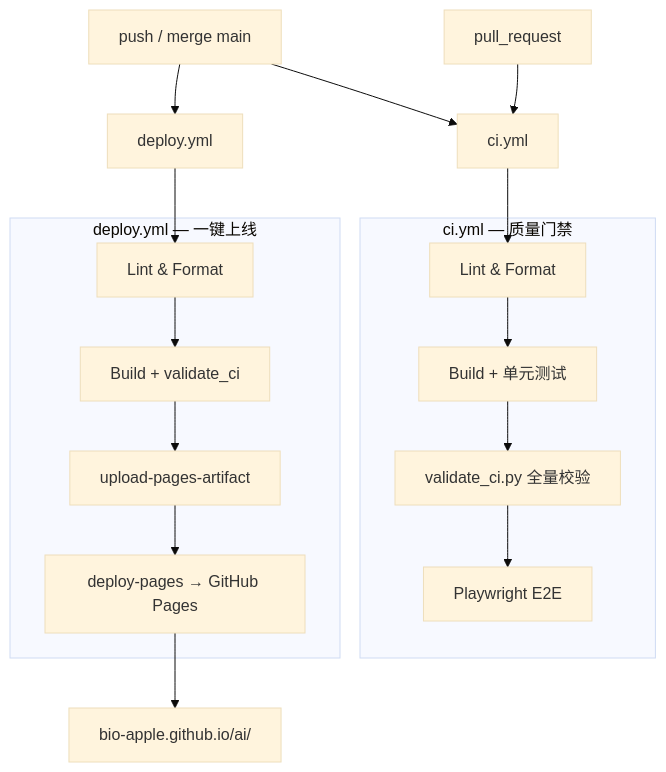
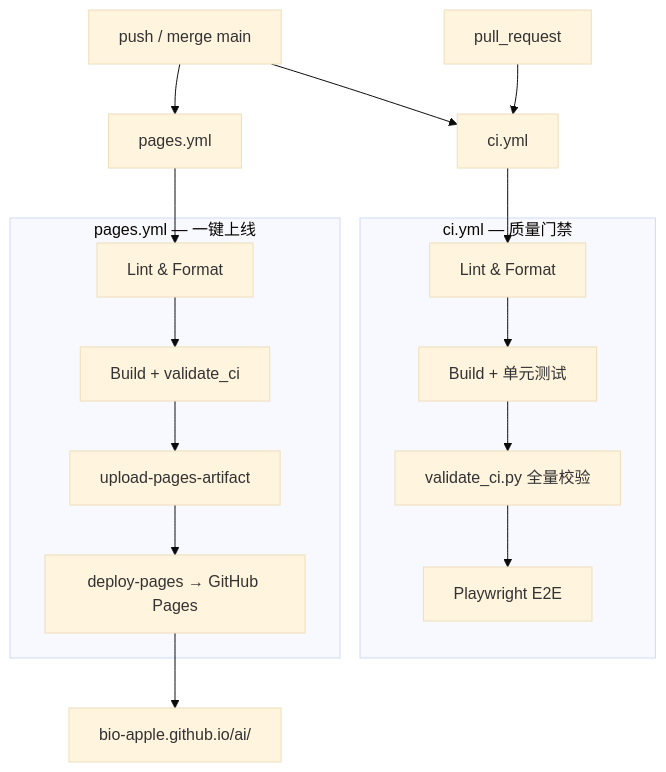
Before and after one commit to bio-apple/ai: the sixth of 8 diagrams in docs/ARCHITECTURE.md, drawn with Mermaid (base theme). The commit also changed other lines of this file and 19 other files, not shown here.

````diff
--- a/docs/ARCHITECTURE.md
+++ b/docs/ARCHITECTURE.md
@@ -231,28 +231,28 @@
 ```mermaid
 flowchart TB
   PUSH["push / merge main"]
   PR["pull_request"]
 
   PUSH --> CI["ci.yml"]
-  PUSH --> DEPLOY["deploy.yml"]
+  PUSH --> DEPLOY["pages.yml"]
 
   PR --> CI
 
   subgraph ci_jobs["ci.yml — 质量门禁"]
     Q1["Lint & Format"]
     V1["Build + 单元测试"]
     V2["validate_ci.py 全量校验"]
     V3["Playwright E2E"]
   end
 
-  subgraph deploy_jobs["deploy.yml — 一键上线"]
+  subgraph deploy_jobs["pages.yml — 一键上线"]
     Q2["Lint & Format"]
     B["Build + validate_ci"]
     U["upload-pages-artifact"]
     D["deploy-pages → GitHub Pages"]
   end
 
   CI --> Q1 --> V1 --> V2 --> V3
   DEPLOY --> Q2 --> B --> U --> D
   D --> LIVE["bio-apple.github.io/ai/"]
 ```
````
